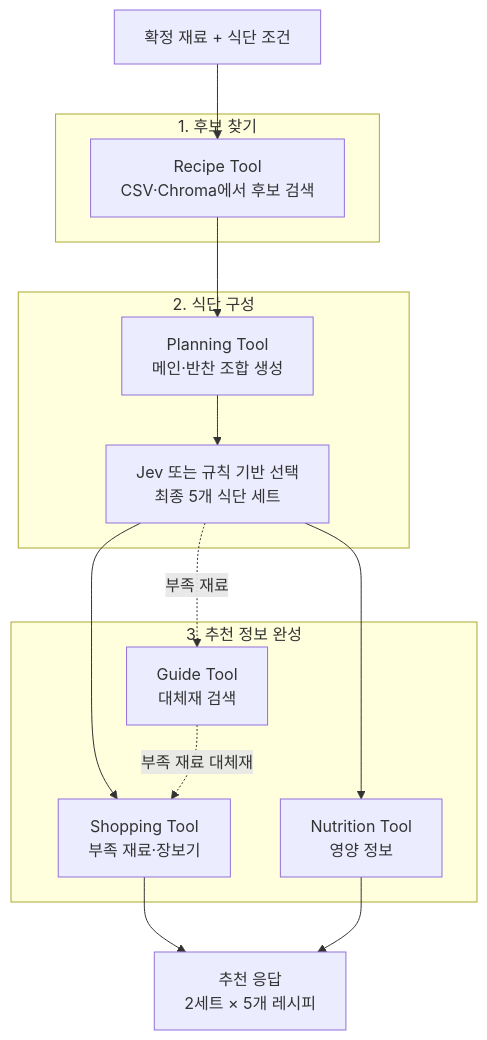
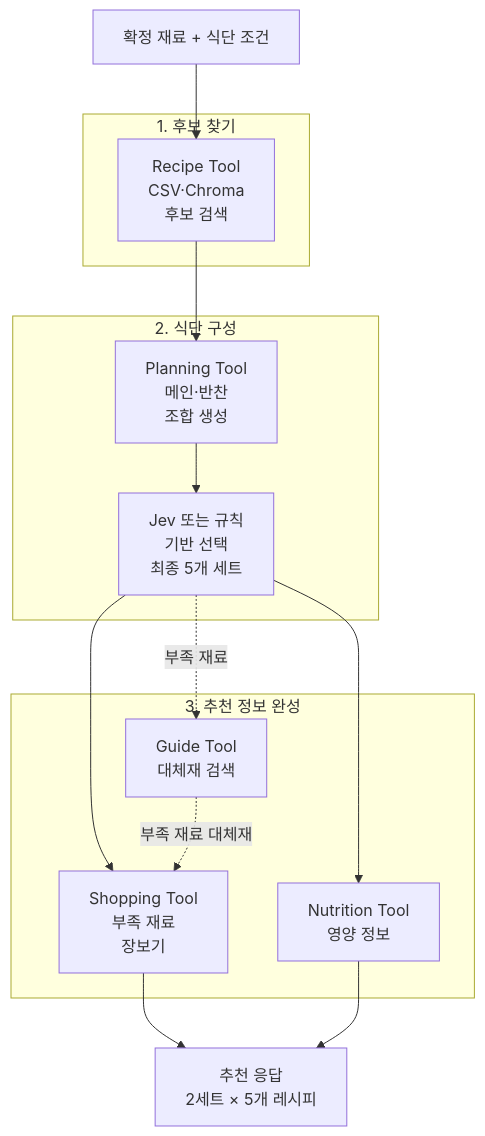
One commit to DongJunee/2026_aio2_p2_PlanEat_Backend changed the third of 5 diagrams in README.md. Above: the diagram before and after it, drawn with Mermaid. The commit also changed other lines of this file and 1 other file, not shown here.

````diff
--- a/README.md
+++ b/README.md
@@ -157,26 +157,26 @@
 ```mermaid
 flowchart TB
     INPUT[확정 재료 + 식단 조건]
     RESULT[추천 응답<br/>2세트 × 5개 레시피]
 
     subgraph SEARCH[1. 후보 찾기]
-        RECIPE[Recipe Tool<br/>CSV·Chroma에서 후보 검색]
+        RECIPE[Recipe Tool<br/>CSV·Chroma<br/>후보 검색]
     end
 
     subgraph PLAN[2. 식단 구성]
-        PAIR[Planning Tool<br/>메인·반찬 조합 생성]
-        SELECT[Jev 또는 규칙 기반 선택<br/>최종 5개 식단 세트]
+        PAIR[Planning Tool<br/>메인·반찬<br/>조합 생성]
+        SELECT[Jev 또는 규칙<br/>기반 선택<br/>최종 5개 세트]
     end
 
     subgraph ENRICH[3. 추천 정보 완성]
-        SHOPPING[Shopping Tool<br/>부족 재료·장보기]
+        SHOPPING[Shopping Tool<br/>부족 재료<br/>장보기]
         NUTRITION[Nutrition Tool<br/>영양 정보]
         GUIDE[Guide Tool<br/>대체재 검색]
     end
 
     INPUT --> RECIPE --> PAIR --> SELECT
     SELECT --> SHOPPING --> RESULT
     SELECT --> NUTRITION --> RESULT
     SELECT -. 부족 재료 .-> GUIDE
     GUIDE -. 부족 재료 대체재 .-> SHOPPING
 ```
````
